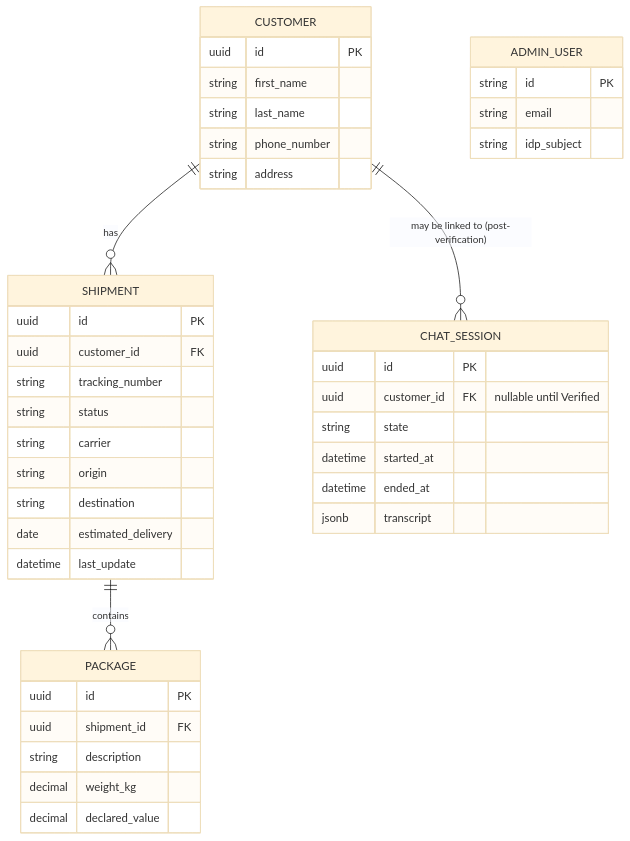
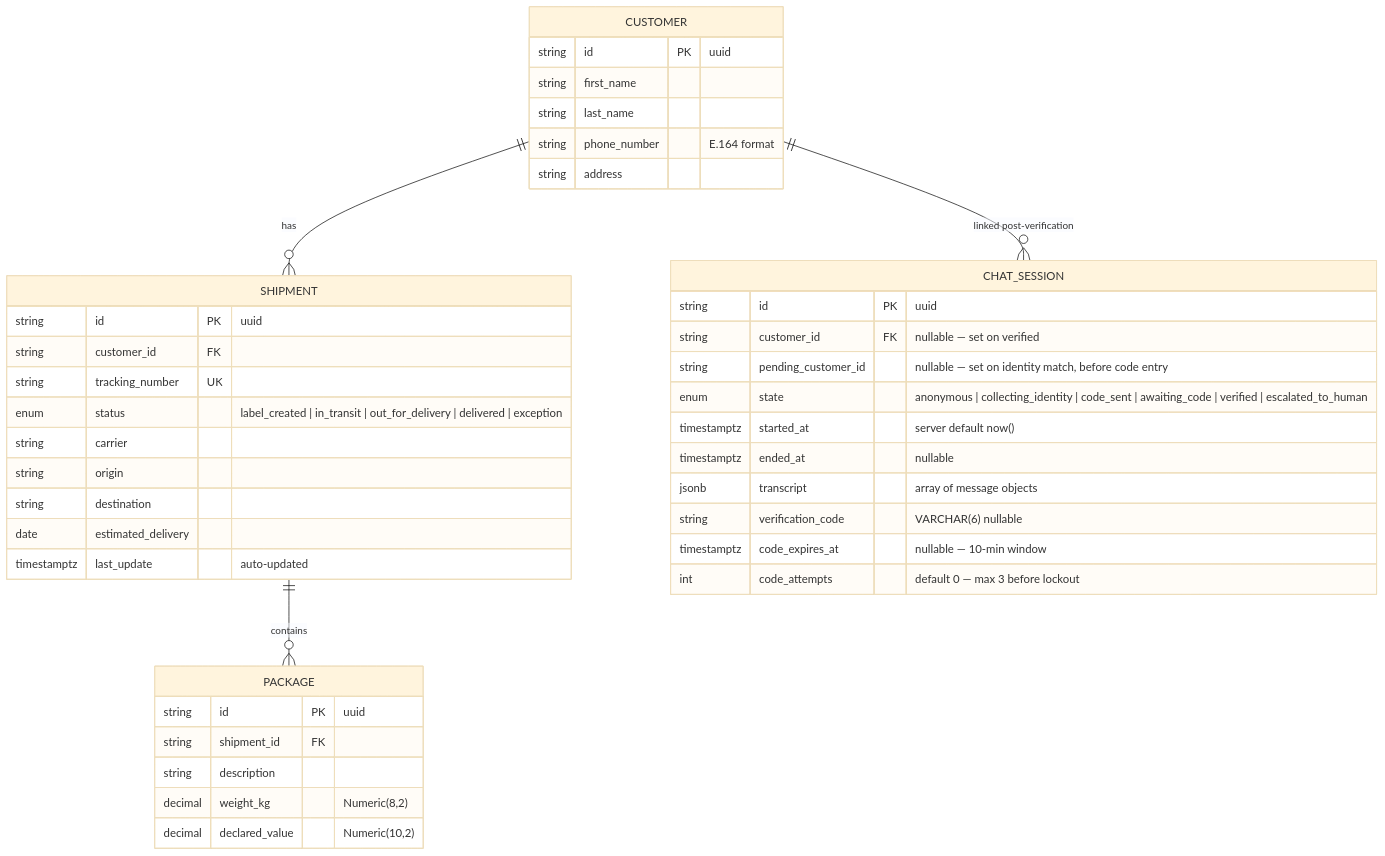
Before and after one commit to aleksandarglisic/claude: the diagram in secureship/docs/diagrams/6.4-erd.md, drawn with Mermaid (base theme). The commit also changed other lines of this file and 8 other files, not shown here.

````diff
--- a/secureship/docs/diagrams/6.4-erd.md
+++ b/secureship/docs/diagrams/6.4-erd.md
@@ -5,44 +5,47 @@
 ```mermaid
 erDiagram
     CUSTOMER ||--o{ SHIPMENT : has
     SHIPMENT ||--o{ PACKAGE : contains
-    CUSTOMER ||--o{ CHAT_SESSION : "may be linked to (post-verification)"
+    CUSTOMER ||--o{ CHAT_SESSION : "linked post-verification"
+
     CUSTOMER {
-        uuid id PK
+        string id PK "uuid"
         string first_name
         string last_name
-        string phone_number
+        string phone_number "E.164 format"
         string address
     }
+
     SHIPMENT {
-        uuid id PK
-        uuid customer_id FK
-        string tracking_number
-        string status
+        string id PK "uuid"
+        string customer_id FK
+        string tracking_number UK
+        enum status "label_created | in_transit | out_for_delivery | delivered | exception"
         string carrier
         string origin
         string destination
         date estimated_delivery
-        datetime last_update
+        timestamptz last_update "auto-updated"
     }
+
     PACKAGE {
-        uuid id PK
-        uuid shipment_id FK
+        string id PK "uuid"
+        string shipment_id FK
         string description
-        decimal weight_kg
-        decimal declared_value
+        decimal weight_kg "Numeric(8,2)"
+        decimal declared_value "Numeric(10,2)"
     }
+
     CHAT_SESSION {
-        uuid id PK
-        uuid customer_id FK "nullable until Verified"
-        string state
-        datetime started_at
-        datetime ended_at
-        jsonb transcript
-    }
-    ADMIN_USER {
-        string id PK
-        string email
-        string idp_subject
+        string id PK "uuid"
+        string customer_id FK "nullable — set on verified"
+        string pending_customer_id "nullable — set on identity match, before code entry"
+        enum state "anonymous | collecting_identity | code_sent | awaiting_code | verified | escalated_to_human"
+        timestamptz started_at "server default now()"
+        timestamptz ended_at "nullable"
+        jsonb transcript "array of message objects"
+        string verification_code "VARCHAR(6) nullable"
+        timestamptz code_expires_at "nullable — 10-min window"
+        int code_attempts "default 0 — max 3 before lockout"
     }
 ```
````
